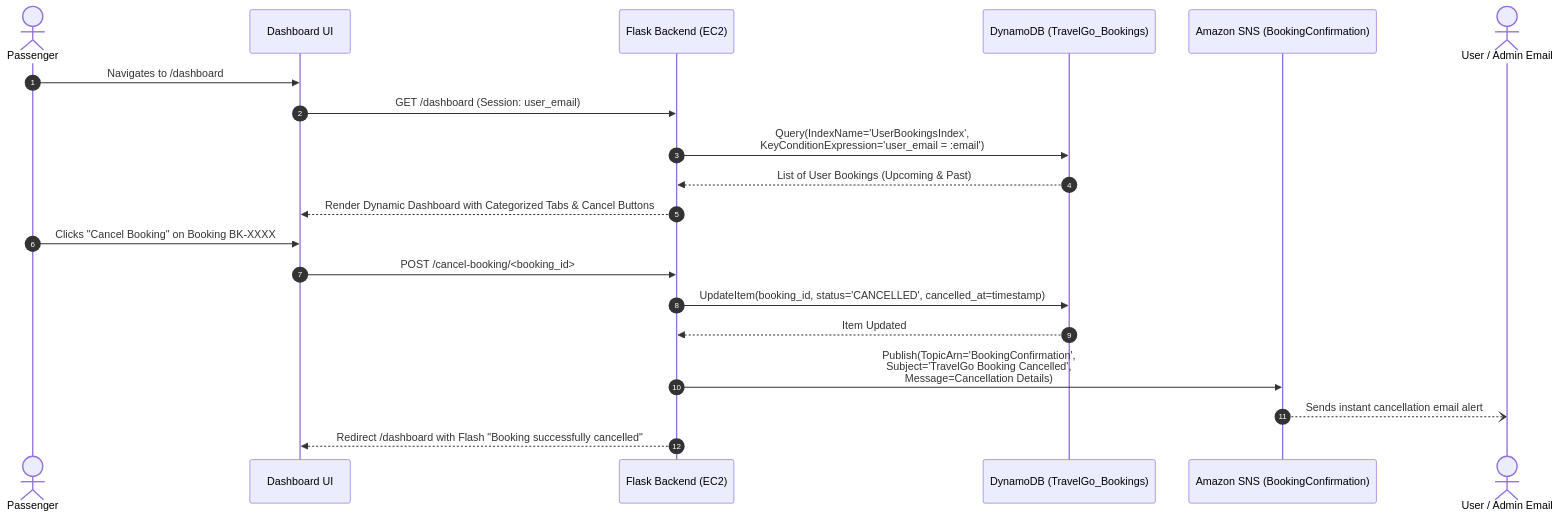
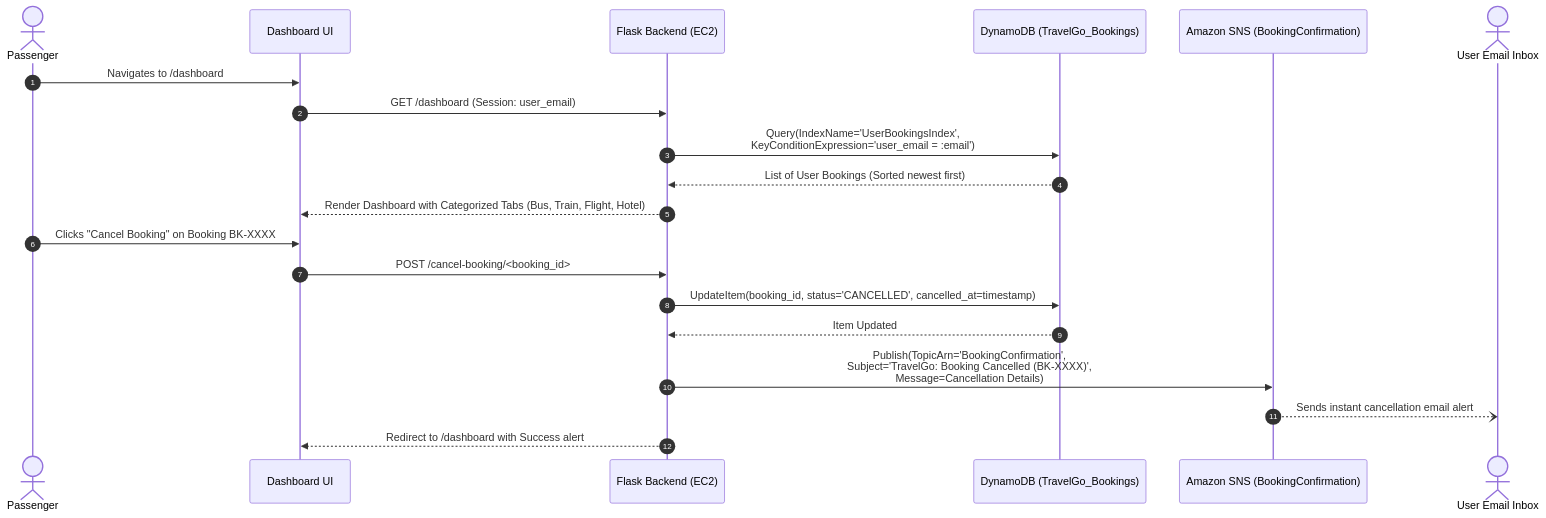
One commit to pragati0609/TravelGo-App changed the fourth of 4 diagrams in docs/PROJECT_FLOW.md. Above: the diagram before and after it, drawn with Mermaid. The commit also changed other lines of this file and 18 other files, not shown here.

````diff
--- a/docs/PROJECT_FLOW.md
+++ b/docs/PROJECT_FLOW.md
@@ -92,25 +115,25 @@
 ```mermaid
 sequenceDiagram
     autonumber
     actor User as Passenger
     participant UI as Dashboard UI
     participant App as Flask Backend (EC2)
     participant DDB as DynamoDB (TravelGo_Bookings)
     participant SNS as Amazon SNS (BookingConfirmation)
-    actor Inbox as User / Admin Email
+    actor Inbox as User Email Inbox
 
     User->>UI: Navigates to /dashboard
     UI->>App: GET /dashboard (Session: user_email)
     App->>DDB: Query(IndexName='UserBookingsIndex',<br/>KeyConditionExpression='user_email = :email')
-    DDB-->>App: List of User Bookings (Upcoming & Past)
-    App-->>UI: Render Dynamic Dashboard with Categorized Tabs & Cancel Buttons
+    DDB-->>App: List of User Bookings (Sorted newest first)
+    App-->>UI: Render Dashboard with Categorized Tabs (Bus, Train, Flight, Hotel)
 
     User->>UI: Clicks "Cancel Booking" on Booking BK-XXXX
     UI->>App: POST /cancel-booking/<booking_id>
     App->>DDB: UpdateItem(booking_id, status='CANCELLED', cancelled_at=timestamp)
     DDB-->>App: Item Updated
 
-    App->>SNS: Publish(TopicArn='BookingConfirmation',<br/>Subject='TravelGo Booking Cancelled',<br/>Message=Cancellation Details)
+    App->>SNS: Publish(TopicArn='BookingConfirmation',<br/>Subject='TravelGo: Booking Cancelled (BK-XXXX)',<br/>Message=Cancellation Details)
     SNS--)Inbox: Sends instant cancellation email alert
-    App-->>UI: Redirect /dashboard with Flash "Booking successfully cancelled"
+    App-->>UI: Redirect to /dashboard with Success alert
 ```
````
